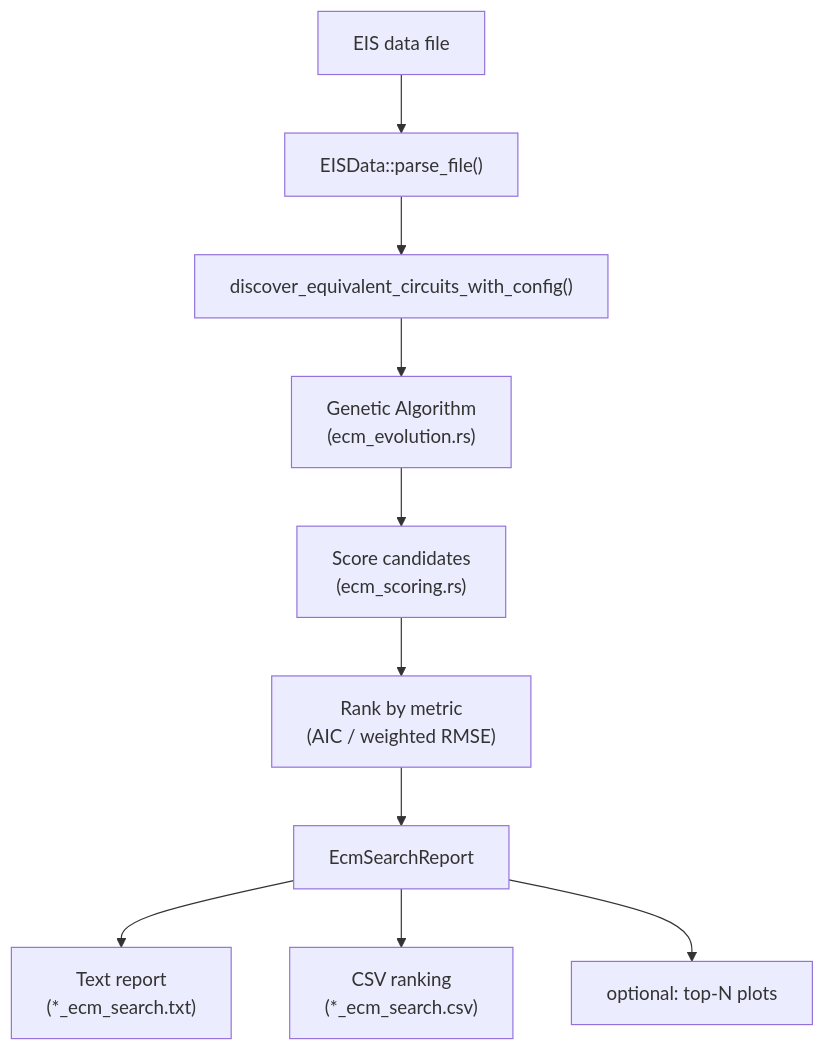
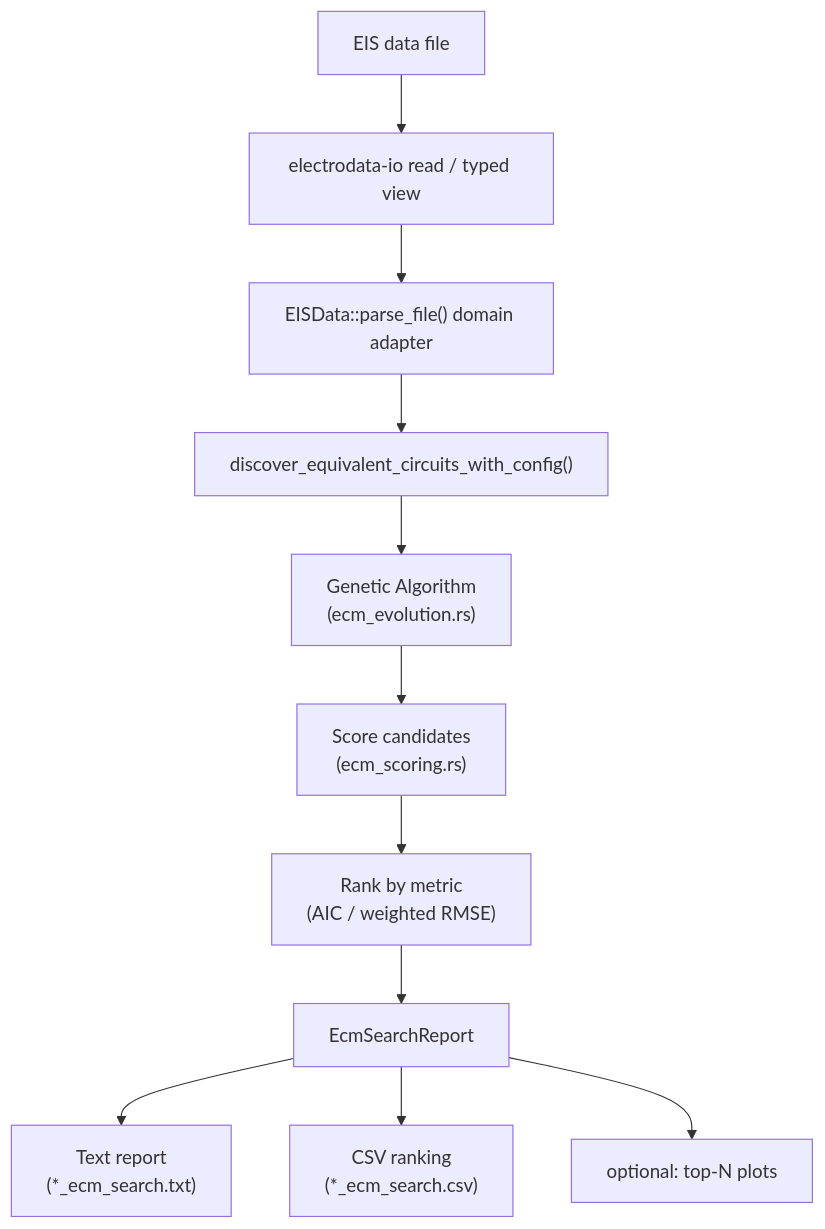
The first of 4 diagrams in README.md (XingyuW/rust_electroanalysis_cli), drawn with Mermaid before and after one commit. The commit also changed other lines of this file and 24 other files, not shown here.

````diff
--- a/README.md
+++ b/README.md
@@ -1417,12 +1419,13 @@
 ```mermaid
 flowchart TD
-    Input["EIS data file"] --> Parse["EISData::parse_file()"]
+    Input["EIS data file"] --> Provider["electrodata-io read / typed view"]
+    Provider --> Parse["EISData::parse_file() domain adapter"]
     Parse --> Search["discover_equivalent_circuits_with_config()"]
     Search --> Evolve["Genetic Algorithm\n(ecm_evolution.rs)"]
     Evolve --> Score["Score candidates\n(ecm_scoring.rs)"]
     Score --> Rank["Rank by metric\n(AIC / weighted RMSE)"]
     Rank --> Report["EcmSearchReport"]
     Report --> Text["Text report\n(*_ecm_search.txt)"]
     Report --> CSV["CSV ranking\n(*_ecm_search.csv)"]
     Report --> Plots["optional: top-N plots"]
 ```
````
